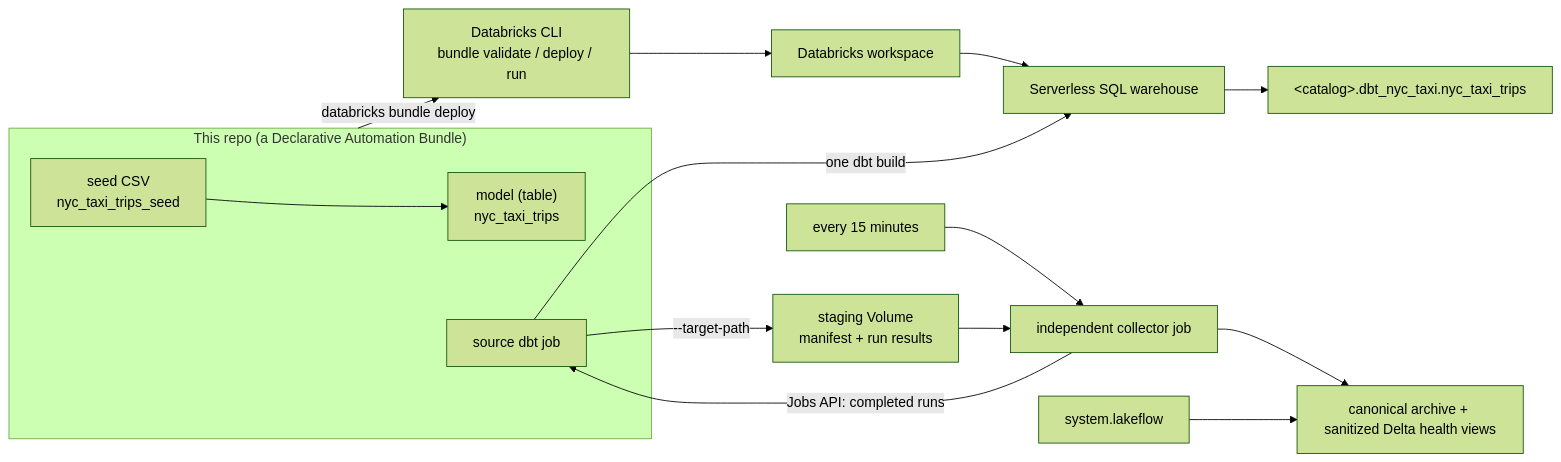
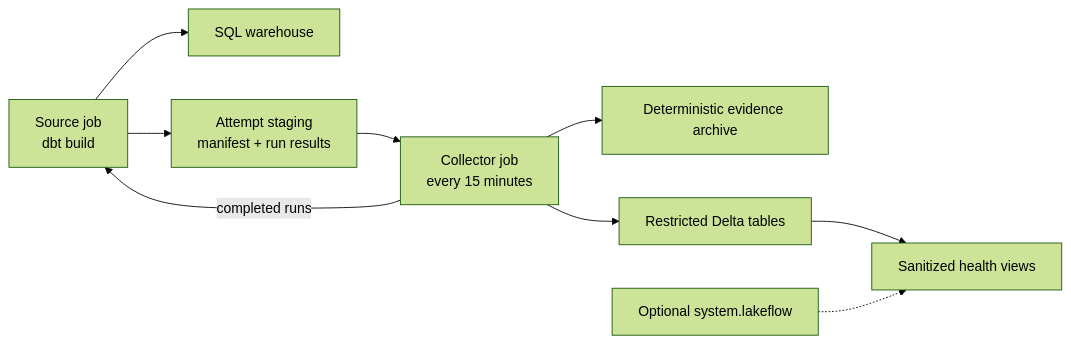
Before and after one commit to MiguelElGallo/bricks-cli: the diagram in docs/index.md, drawn with Mermaid (forest theme). The commit also changed other lines of this file and 67 other files, not shown here.

````diff
--- a/docs/index.md
+++ b/docs/index.md
@@ -26,21 +27,11 @@
 ```mermaid
 flowchart LR
-    subgraph repo["This repo (a Declarative Automation Bundle)"]
-        seed["seed CSV<br/>nyc_taxi_trips_seed"]
-        model["model (table)<br/>nyc_taxi_trips"]
-        job["source dbt job"]
-        seed --> model
-    end
-    cli["Databricks CLI<br/>bundle validate / deploy / run"]
-    repo -->|databricks bundle deploy| cli
-    cli --> ws["Databricks workspace"]
-    ws --> wh["Serverless SQL warehouse"]
-    job -->|"one dbt build"| wh
-    wh --> tbl["&lt;catalog&gt;.dbt_nyc_taxi.nyc_taxi_trips"]
-    job -->|"--target-path"| staging["staging Volume<br/>manifest + run results"]
-    schedule["every 15 minutes"] --> collector["independent collector job"]
-    collector -->|"Jobs API: completed runs"| job
+    source["Source job<br/>dbt build"] --> warehouse["SQL warehouse"]
+    source --> staging["Attempt staging<br/>manifest + run results"]
+    collector["Collector job<br/>every 15 minutes"] -->|"completed runs"| source
     staging --> collector
-    collector --> evidence["canonical archive + sanitized Delta health views"]
-    system["system.lakeflow"] --> evidence
+    collector --> archive["Deterministic evidence archive"]
+    collector --> base["Restricted Delta tables"]
+    base --> health["Sanitized health views"]
+    lakeflow["Optional system.lakeflow"] -.-> health
 ```
````
